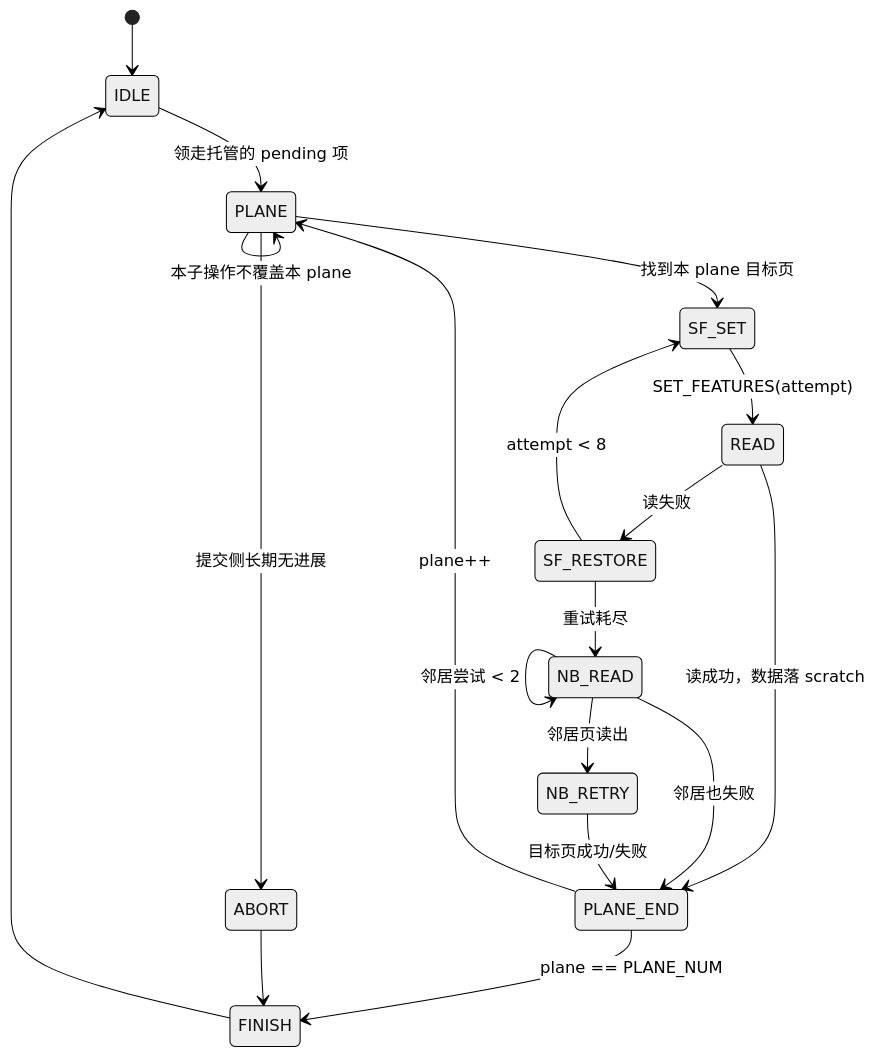
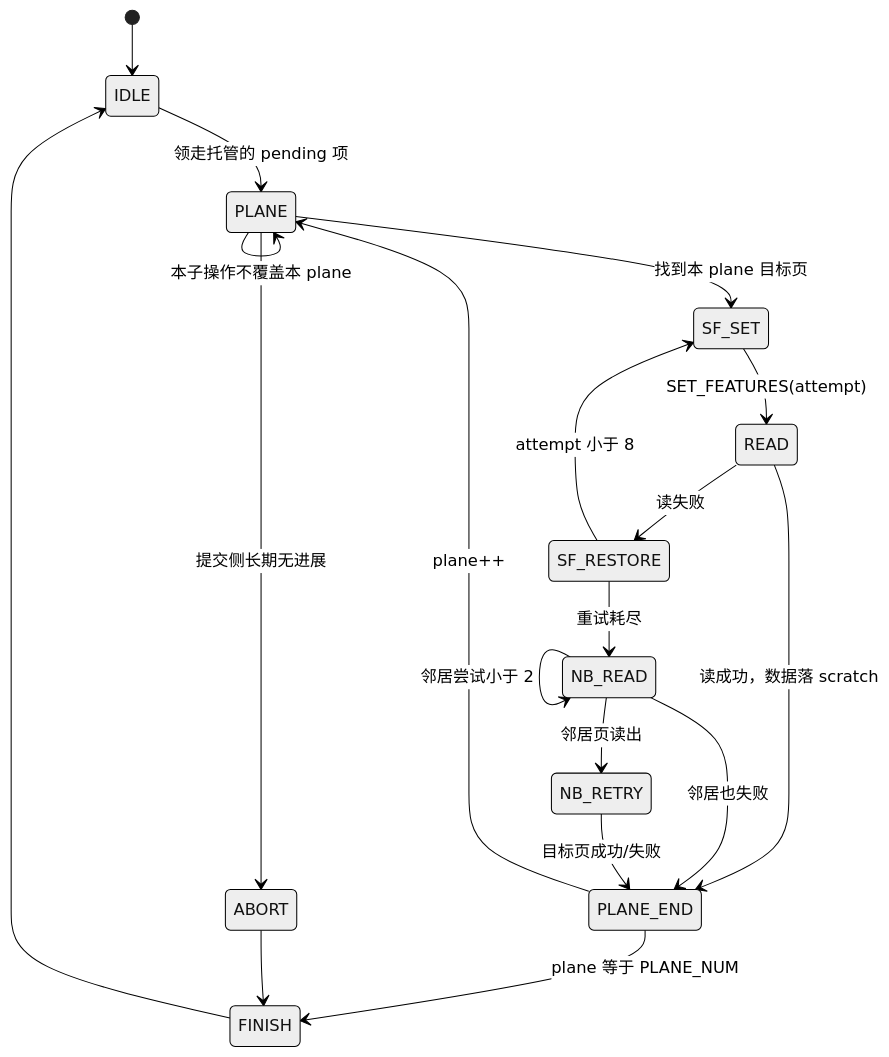
Diagram 18 of 28 in docs/design/ftl_design.md (YzYMIAO/BASESSD), drawn with Mermaid (neutral theme) before and after one commit. The commit also changed other lines of this file, not shown here.

First line of the commit message:
docs(ftl): 修复 GitHub 目录跳转与 mermaid 渲染

````diff
--- a/docs/design/ftl_design.md
+++ b/docs/design/ftl_design.md
@@ -2527,21 +2567,21 @@
 ```mermaid
 stateDiagram-v2
     [*] --> IDLE
     IDLE --> PLANE: 领走托管的 pending 项
     PLANE --> SF_SET: 找到本 plane 目标页
     PLANE --> PLANE: 本子操作不覆盖本 plane
     SF_SET --> READ: SET_FEATURES(attempt)
     READ --> PLANE_END: 读成功，数据落 scratch
     READ --> SF_RESTORE: 读失败
-    SF_RESTORE --> SF_SET: attempt < 8
+    SF_RESTORE --> SF_SET: attempt 小于 8
     SF_RESTORE --> NB_READ: 重试耗尽
     NB_READ --> NB_RETRY: 邻居页读出
-    NB_READ --> NB_READ: 邻居尝试 < 2
+    NB_READ --> NB_READ: 邻居尝试小于 2
     NB_READ --> PLANE_END: 邻居也失败
     NB_RETRY --> PLANE_END: 目标页成功/失败
     PLANE_END --> PLANE: plane++
-    PLANE_END --> FINISH: plane == PLANE_NUM
+    PLANE_END --> FINISH: plane 等于 PLANE_NUM
     FINISH --> IDLE
     PLANE --> ABORT: 提交侧长期无进展
     ABORT --> FINISH
 ```
````
